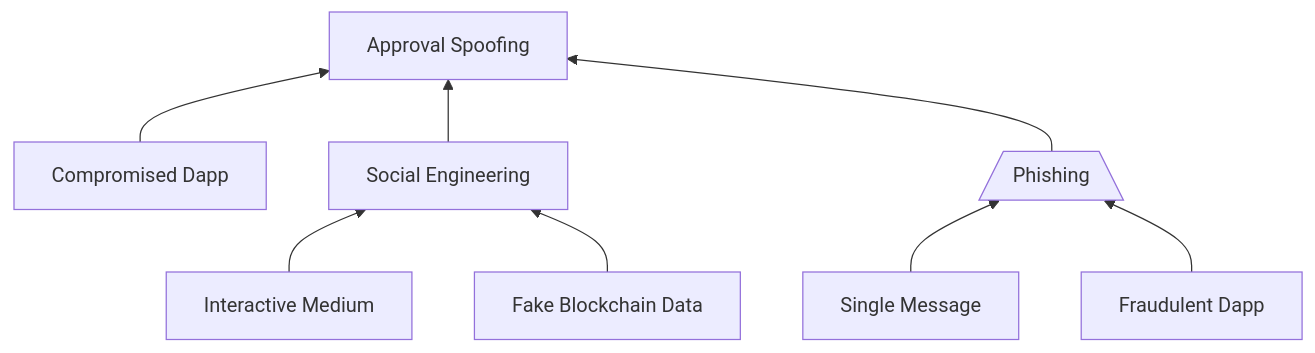
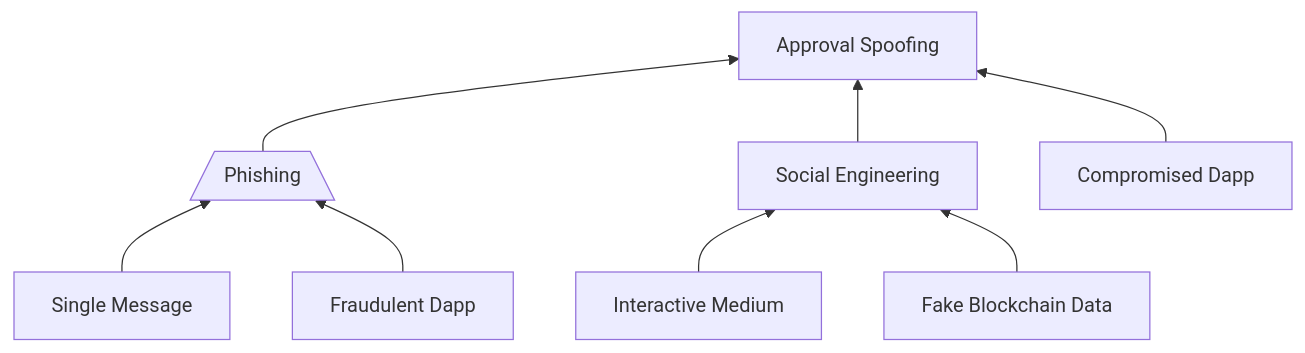
The fifth of 6 diagrams in website/src/dev-docs/design/attack-tree.md (sealvault/sealvault), drawn with Mermaid before and after one commit. The commit also changed other lines of this file, not shown here.

````diff
--- a/website/src/dev-docs/design/attack-tree.md
+++ b/website/src/dev-docs/design/attack-tree.md
@@ -448,23 +451,24 @@
 ```mermaid
 flowchart BT
-  compromised_dapp[Compromised Dapp]
-  --> approval_spoofing
+  phishing[Phishing]
+  --> approval_spoofing[Approval Spoofing]
 
+  single_message[Single Message]
+  --> phishing[/Phishing\]
+
+  fraudulent_dapp[Fraudulent Dapp]
+  --> phishing
+  
   social_engineering[Social Engineering]
   --> approval_spoofing
 
   interactive_medium[Interactive Medium]
   --> social_engineering[Social Engineering]
 
   fake_data[Fake Blockchain Data]
   --> social_engineering
 
-  phishing[Phishing]
-  --> approval_spoofing[Approval Spoofing]
+  compromised_dapp[Compromised Dapp]
+  --> approval_spoofing
 
-  single_message[Single Message]
-  --> phishing[/Phishing\]
-
-  fraudulent_dapp[Fraudulent Dapp]
-  --> phishing
 ```
````
